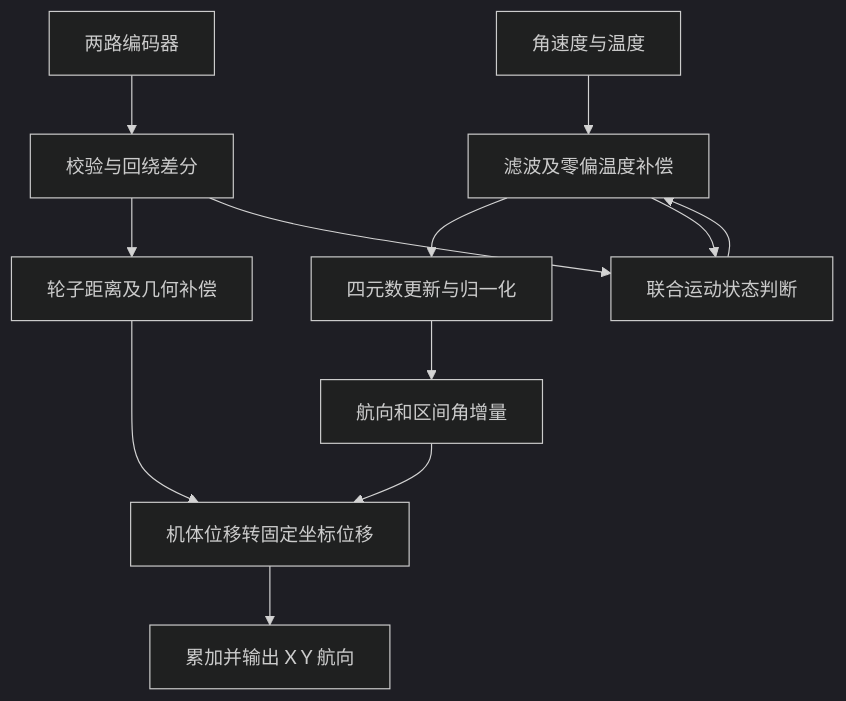
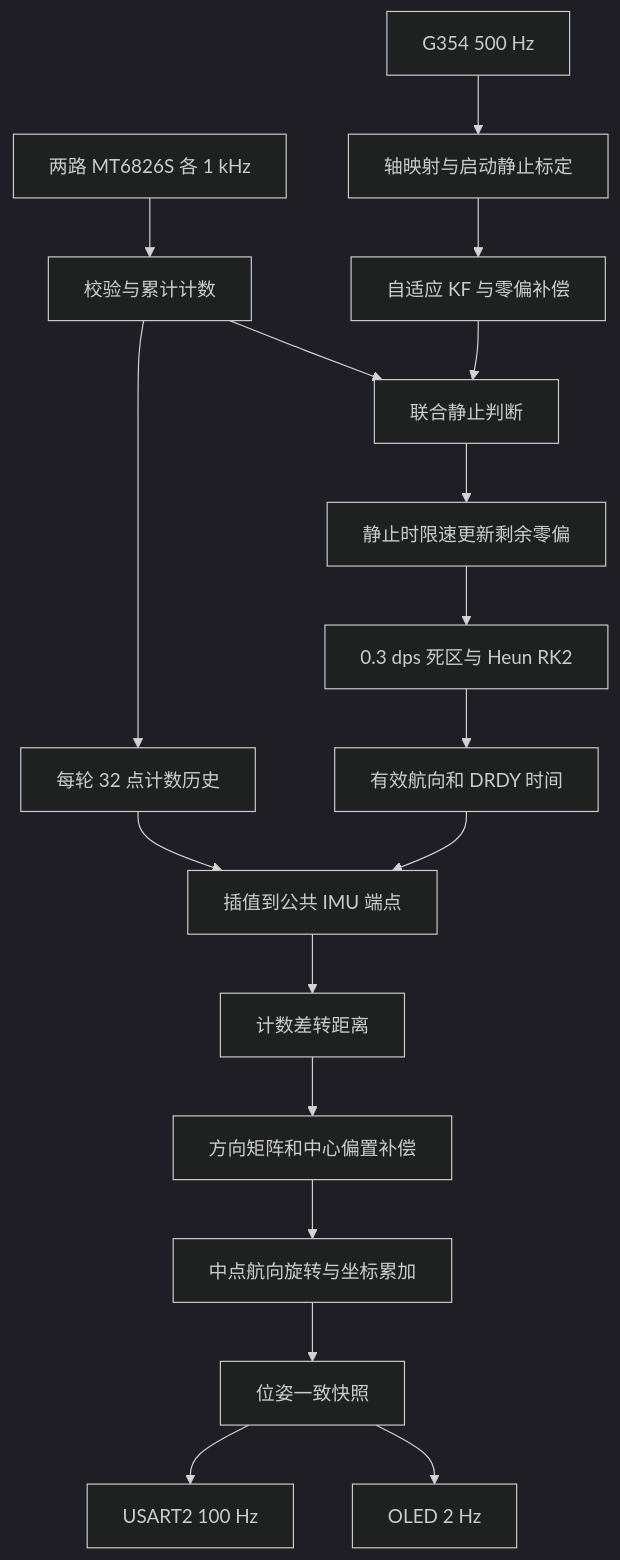
The diagram in docs/planar_localization_detailed_study.md (starpang888/OPS11-By-Star), drawn with Mermaid (dark theme) before and after one commit. The commit also changed other lines of this file and 7 other files, not shown here.

````diff
--- a/docs/planar_localization_detailed_study.md
+++ b/docs/planar_localization_detailed_study.md
@@ -32,14 +32,20 @@
 ```mermaid
 flowchart TD
-  G[角速度与温度] --> B[滤波及零偏温度补偿]
-  B --> Q[四元数更新与归一化]
-  Q --> Y[航向和区间角增量]
-  E[两路编码器] --> C[校验与回绕差分]
-  C --> D[轮子距离及几何补偿]
-  Y --> R[机体位移转固定坐标位移]
-  D --> R
-  R --> P[累加并输出 X Y 航向]
-  C --> S[联合运动状态判断]
-  B --> S
-  S --> B
+    G[G354 500 Hz] --> M[轴映射与启动静止标定]
+    M --> K[自适应 KF 与零偏补偿]
+    W[两路 MT6826S 各 1 kHz] --> C[校验与累计计数]
+    C --> S[联合静止判断]
+    K --> S
+    S --> B[静止时限速更新剩余零偏]
+    B --> Q[0.3 dps 死区与 Heun RK2]
+    Q --> Y[有效航向和 DRDY 时间]
+    C --> H[每轮 32 点计数历史]
+    H --> T[插值到公共 IMU 端点]
+    Y --> T
+    T --> D[计数差转距离]
+    D --> P[方向矩阵和中心偏置补偿]
+    P --> R[中点航向旋转与坐标累加]
+    R --> O[位姿一致快照]
+    O --> U[USART2 100 Hz]
+    O --> L[OLED 2 Hz]
 ```
````
